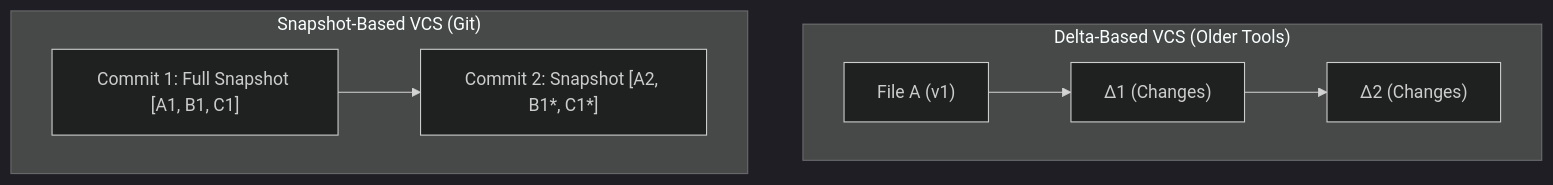
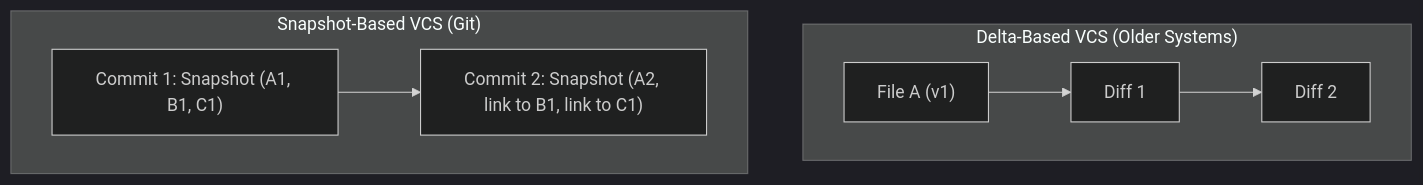
One commit to ravishankar2463/java_hub changed the first of 5 diagrams in content/roadmap/level-0/git-version-control.md. Above: the diagram before and after it, drawn with Mermaid (dark theme). The commit also changed other lines of this file and 119 other files, not shown here.

Commit message:
feat: add comprehensive java learning roadmap content across multiple levels

````diff
--- a/content/roadmap/level-0/git-version-control.md
+++ b/content/roadmap/level-0/git-version-control.md
@@ -26,12 +34,12 @@
 ```mermaid
 flowchart TD
-    subgraph SVN ["Delta-Based VCS (Older Tools)"]
+    subgraph Delta["Delta-Based VCS (Older Systems)"]
         direction LR
-        S1["File A (v1)"] --> S2["Δ1 (Changes)"] --> S3["Δ2 (Changes)"]
+        S1["File A (v1)"] --> S2["Diff 1"] --> S3["Diff 2"]
     end
 
-    subgraph Git ["Snapshot-Based VCS (Git)"]
+    subgraph Snap["Snapshot-Based VCS (Git)"]
         direction LR
-        G1["Commit 1: Full Snapshot [A1, B1, C1]"] --> G2["Commit 2: Snapshot [A2, B1*, C1*]"]
+        G1["Commit 1: Snapshot (A1, B1, C1)"] --> G2["Commit 2: Snapshot (A2, link to B1, link to C1)"]
     end
 ```
````
